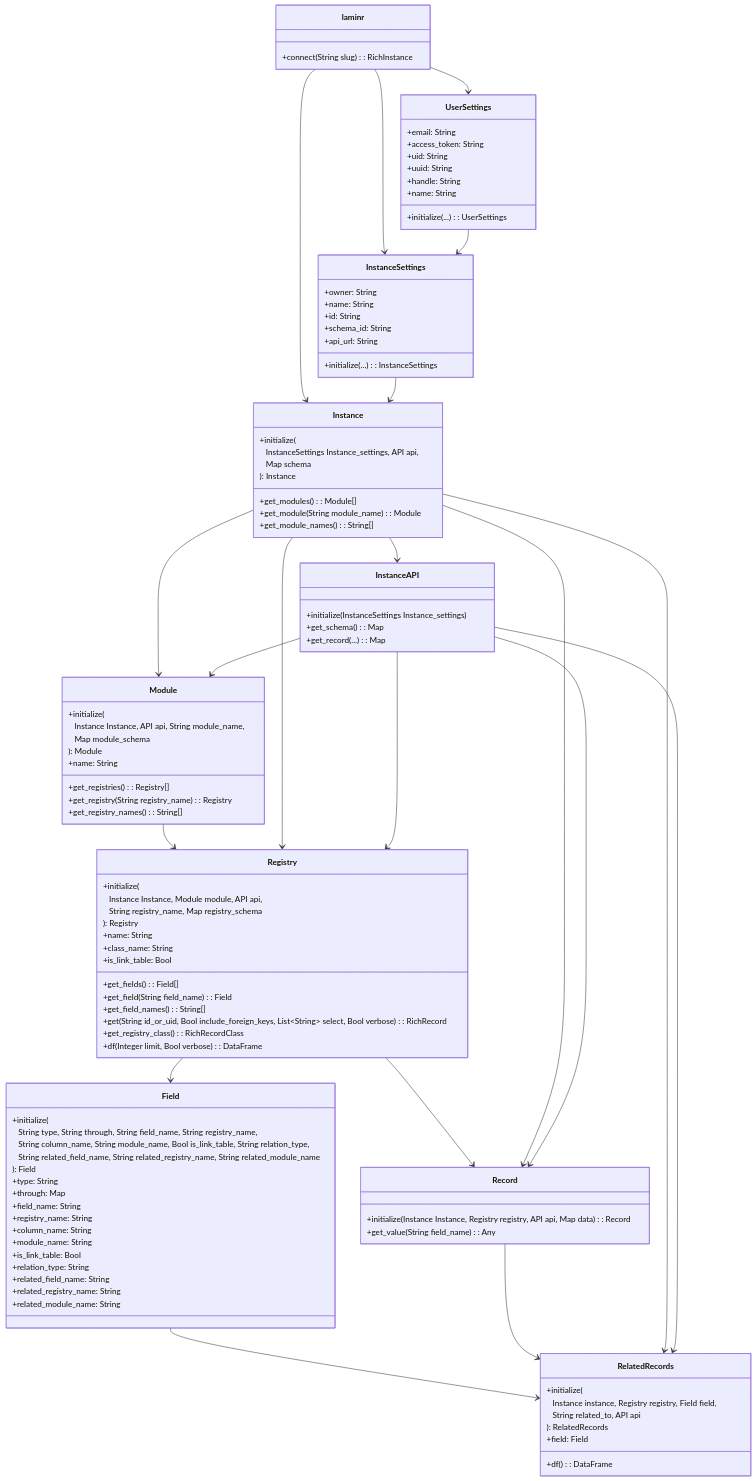
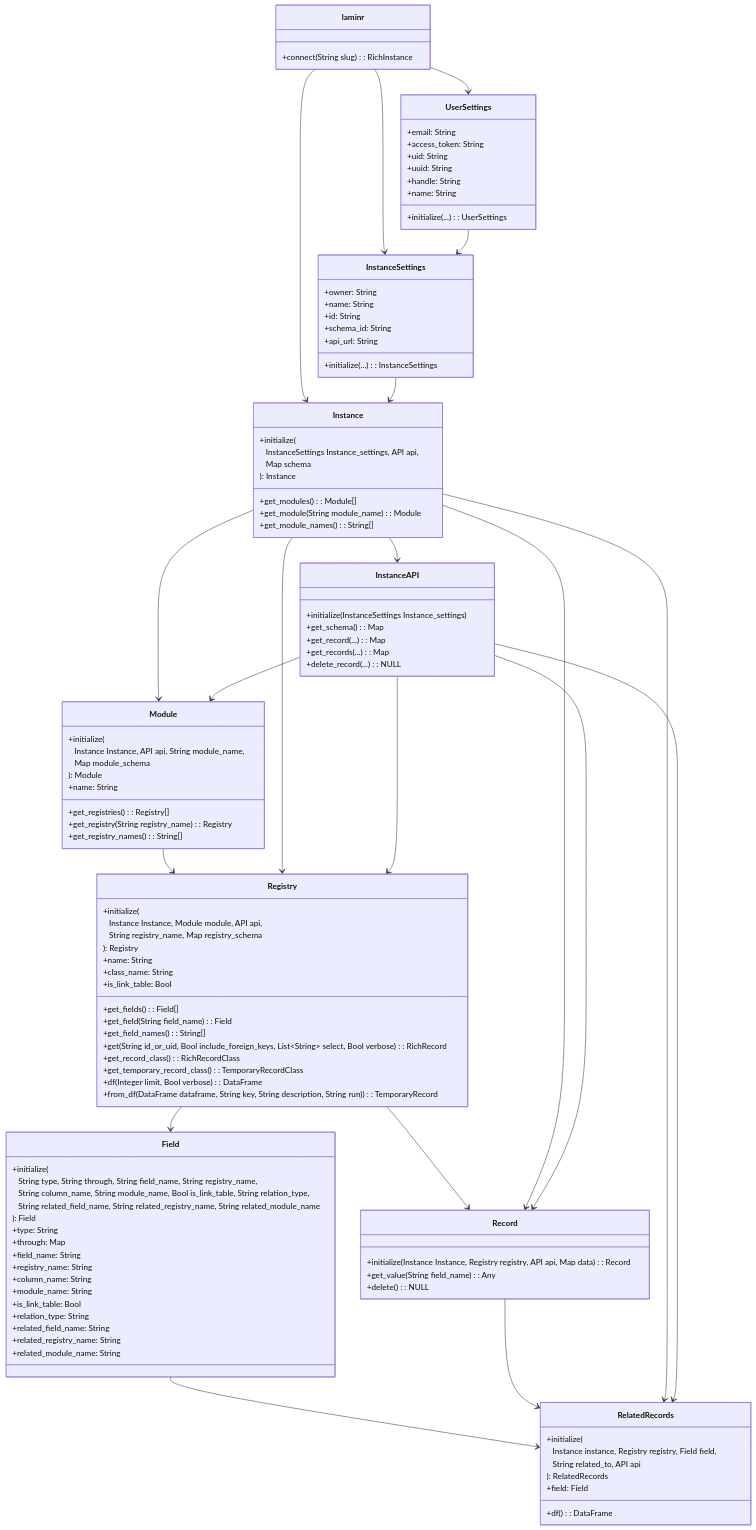
Before and after one commit to laminlabs/laminr: the first of 2 diagrams in vignettes/architecture.qmd, drawn with Mermaid. The commit also changed other lines of this file and 18 other files, not shown here.

First line of the commit message:
Create records from data frames (#78)

```diff
--- a/vignettes/architecture.qmd
+++ b/vignettes/architecture.qmd
@@ -164,6 +162,8 @@
         +initialize(InstanceSettings Instance_settings)
         +get_schema(): Map<String, Any>
         +get_record(...): Map<String, Any>
+        +get_records(...): Map<String, Any>
+        +delete_record(...): NULL
     }
     class Module{
         +initialize(
@@ -187,8 +187,10 @@
         +get_field(String field_name): Field
         +get_field_names(): String[]
         +get(String id_or_uid, Bool include_foreign_keys, List~String~ select, Bool verbose): RichRecord
-        +get_registry_class(): RichRecordClass
+        +get_record_class(): RichRecordClass
+        +get_temporary_record_class(): TemporaryRecordClass
         +df(Integer limit, Bool verbose): DataFrame
+        +from_df(DataFrame dataframe, String key, String description, String run)): TemporaryRecord
     }
     class Field{
         +initialize(
@@ -211,6 +213,7 @@
     class Record{
         +initialize(Instance Instance, Registry registry, API api, Map<String, Any> data): Record
         +get_value(String field_name): Any
+        +delete(): NULL
     }
     class RelatedRecords{
         +initialize(
```
